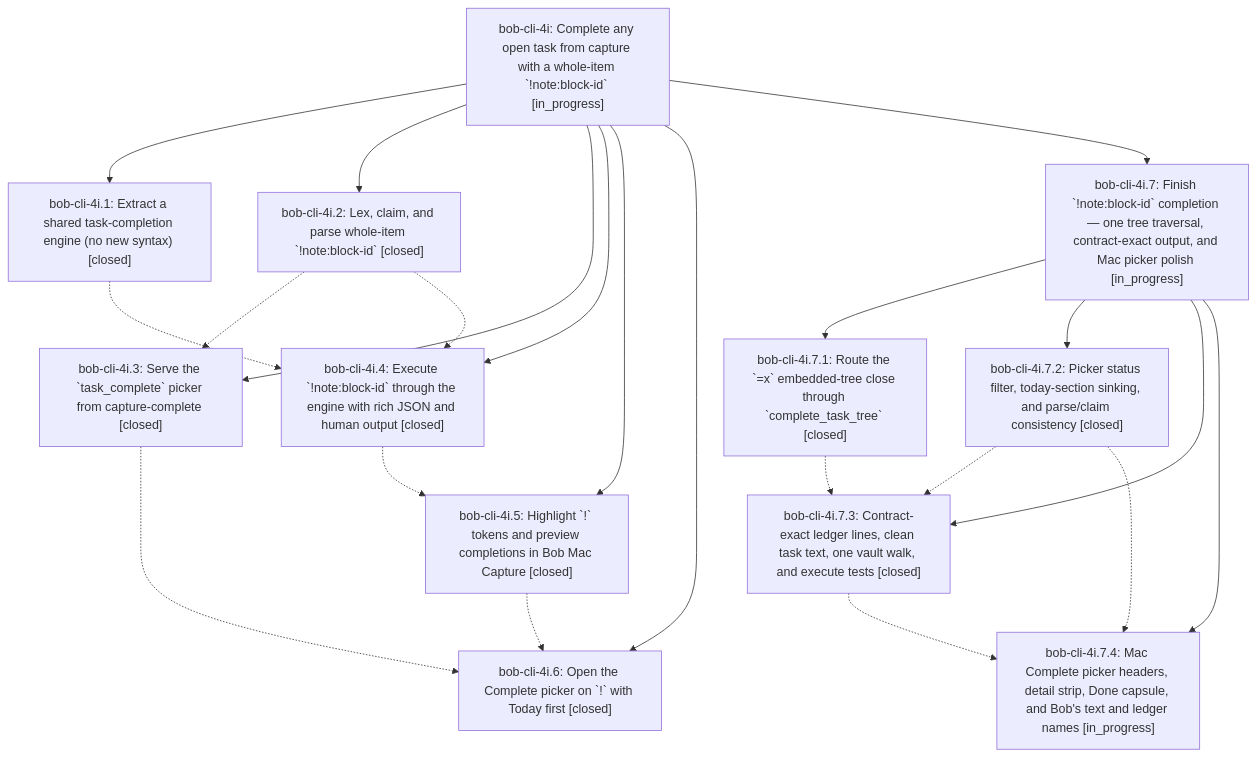
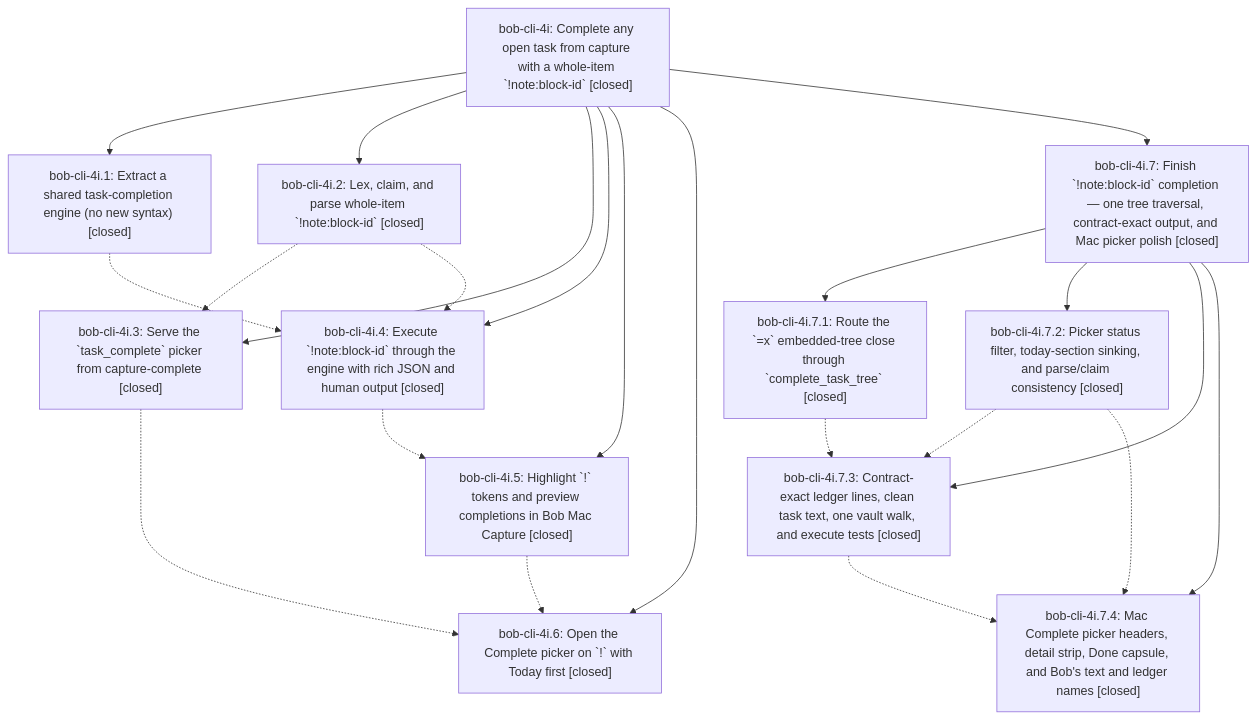
One commit to bobs-org/bob-cli--beads changed the diagram in pages/bob-cli-4i/README.md. Above: the diagram before and after it, drawn with Mermaid. The commit also changed other lines of this file and 4 other files, not shown here.

First line of the commit message:
chore(beads): sync bead state and pages for bob-cli-4i

````diff
--- a/pages/bob-cli-4i/README.md
+++ b/pages/bob-cli-4i/README.md
@@ -33,36 +37,36 @@
 ```mermaid
 flowchart TD
-    n0["bob-cli-4i: Complete any open task from capture with a whole-item `!note:block-id` [in_progress]"]
+    n0["bob-cli-4i: Complete any open task from capture with a whole-item `!note:block-id` [closed]"]
     n1["bob-cli-4i.1: Extract a shared task-completion engine (no new syntax) [closed]"]
     n2["bob-cli-4i.2: Lex, claim, and parse whole-item `!note:block-id` [closed]"]
     n3["bob-cli-4i.3: Serve the `task_complete` picker from capture-complete [closed]"]
     n4["bob-cli-4i.4: Execute `!note:block-id` through the engine with rich JSON and human output [closed]"]
     n5["bob-cli-4i.5: Highlight `!` tokens and preview completions in Bob Mac Capture [closed]"]
     n6["bob-cli-4i.6: Open the Complete picker on `!` with Today first [closed]"]
-    n7["bob-cli-4i.7: Finish `!note:block-id` completion — one tree traversal, contract-exact output, and Mac picker polish [in_progress]"]
+    n7["bob-cli-4i.7: Finish `!note:block-id` completion — one tree traversal, contract-exact output, and Mac picker polish [closed]"]
     n8["bob-cli-4i.7.1: Route the `=x` embedded-tree close through `complete_task_tree` [closed]"]
     n9["bob-cli-4i.7.2: Picker status filter, today-section sinking, and parse/claim consistency [closed]"]
     n10["bob-cli-4i.7.3: Contract-exact ledger lines, clean task text, one vault walk, and execute tests [closed]"]
-    n11["bob-cli-4i.7.4: Mac Complete picker headers, detail strip, Done capsule, and Bob's text and ledger names [in_progress]"]
+    n11["bob-cli-4i.7.4: Mac Complete picker headers, detail strip, Done capsule, and Bob's text and ledger names [closed]"]
     n0 --> n1
     n0 --> n2
     n0 --> n3
     n0 --> n4
     n0 --> n5
     n0 --> n6
     n0 --> n7
     n7 --> n8
     n7 --> n9
     n7 --> n10
     n7 --> n11
     n1 -.-> n4
     n2 -.-> n3
     n2 -.-> n4
     n3 -.-> n6
     n4 -.-> n5
     n5 -.-> n6
     n8 -.-> n10
     n9 -.-> n10
     n9 -.-> n11
     n10 -.-> n11
 ```
````
